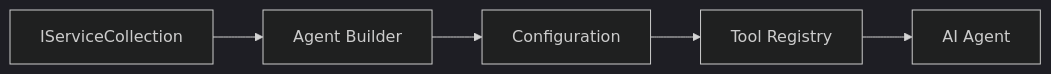
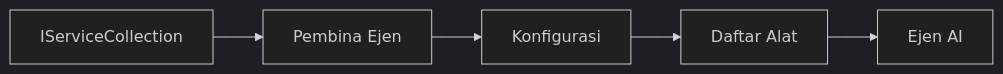
The diagram in translations/ms/03-agentic-design-patterns/code_samples/03-dotnet-agent-framework.md (microsoft/ai-agents-for-beginners), drawn with Mermaid (dark theme) before and after one commit. The commit also changed other lines of this file and 222 other files, not shown here.

````diff
--- a/translations/ms/03-agentic-design-patterns/code_samples/03-dotnet-agent-framework.md
+++ b/translations/ms/03-agentic-design-patterns/code_samples/03-dotnet-agent-framework.md
@@ -41,7 +41,7 @@
 ```mermaid
 graph LR
-    A[IServiceCollection] --> B[Agent Builder]
-    B --> C[Configuration]
-    C --> D[Tool Registry]
-    D --> E[AI Agent]
+    A[IServiceCollection] --> B[Pembina Ejen]
+    B --> C[Konfigurasi]
+    C --> D[Daftar Alat]
+    D --> E[Ejen AI]
 ```
````
